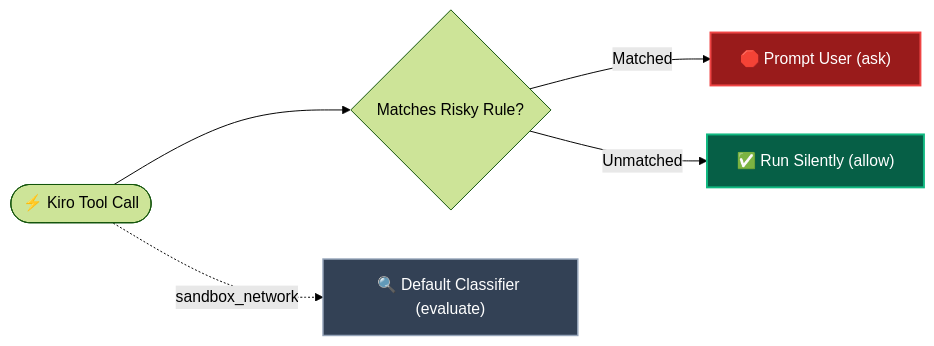
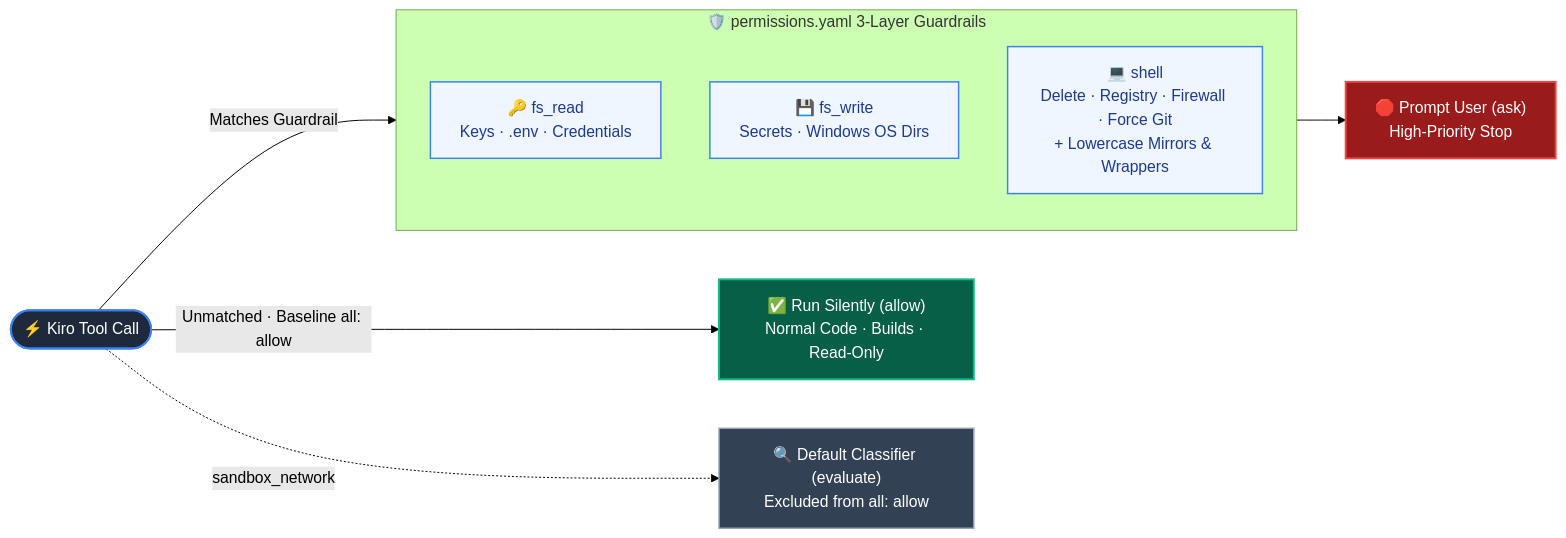
Before and after one commit to YOIMIYA66/kiro-windows-autonomy: the diagram in README_EN.md, drawn with Mermaid (forest theme). The commit also changed 1 other file, not shown here.

Commit message:
docs: enrich permission flowchart with 3-layer guardrail subgraph and unified node styling

````diff
--- a/README_EN.md
+++ b/README_EN.md
@@ -64,14 +64,31 @@
 ```mermaid
 flowchart LR
-    Call(["⚡ Kiro Tool Call"]) --> Check{"Matches Risky Rule?"}
-    Check -- "Matched" --> Ask["🛑 Prompt User (ask)"]
-    Check -- "Unmatched" --> Allow["✅ Run Silently (allow)"]
-    Call -. "sandbox_network" .-> Eval["🔍 Default Classifier (evaluate)"]
+    Call(["⚡ Kiro Tool Call"])
 
+    subgraph Guardrails ["🛡️ permissions.yaml 3-Layer Guardrails"]
+        direction TB
+        R["🔑 fs_read\nKeys · .env · Credentials"]
+        W["💾 fs_write\nSecrets · Windows OS Dirs"]
+        S["💻 shell\nDelete · Registry · Firewall · Force Git\n+ Lowercase Mirrors & Wrappers"]
+    end
+
+    Ask["🛑 Prompt User (ask)\nHigh-Priority Stop"]
+    Allow["✅ Run Silently (allow)\nNormal Code · Builds · Read-Only"]
+    Eval["🔍 Default Classifier (evaluate)\nExcluded from all: allow"]
+
+    Call -- "Matches Guardrail" --> Guardrails
+    Guardrails --> Ask
+    Call -- "Unmatched · Baseline all: allow" --> Allow
+    Call -. "sandbox_network" .-> Eval
+
+    classDef entryStyle fill:#1e293b,stroke:#3b82f6,stroke-width:2px,color:#ffffff
+    classDef guardStyle fill:#eff6ff,stroke:#3b82f6,stroke-width:1.5px,color:#1e3a8a
     classDef askStyle fill:#991b1b,stroke:#ef4444,stroke-width:2px,color:#ffffff
     classDef allowStyle fill:#065f46,stroke:#10b981,stroke-width:2px,color:#ffffff
     classDef evalStyle fill:#334155,stroke:#94a3b8,stroke-width:1.5px,color:#ffffff
+    class Call entryStyle
+    class R,W,S guardStyle
     class Ask askStyle
     class Allow allowStyle
     class Eval evalStyle
 ```
````
